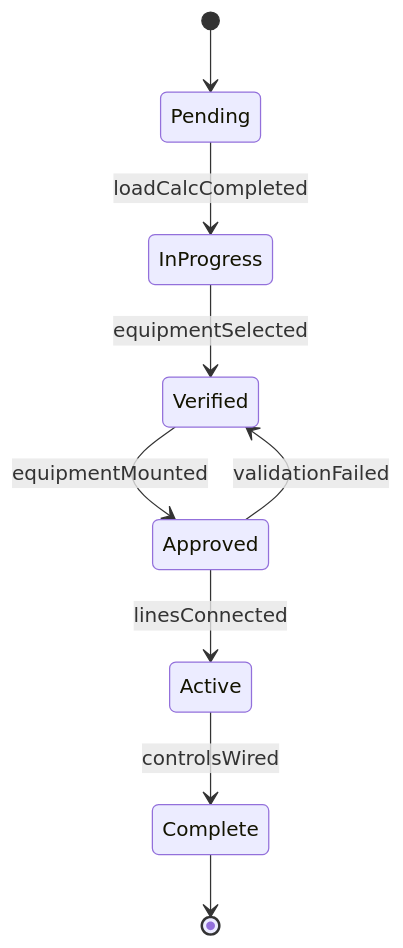
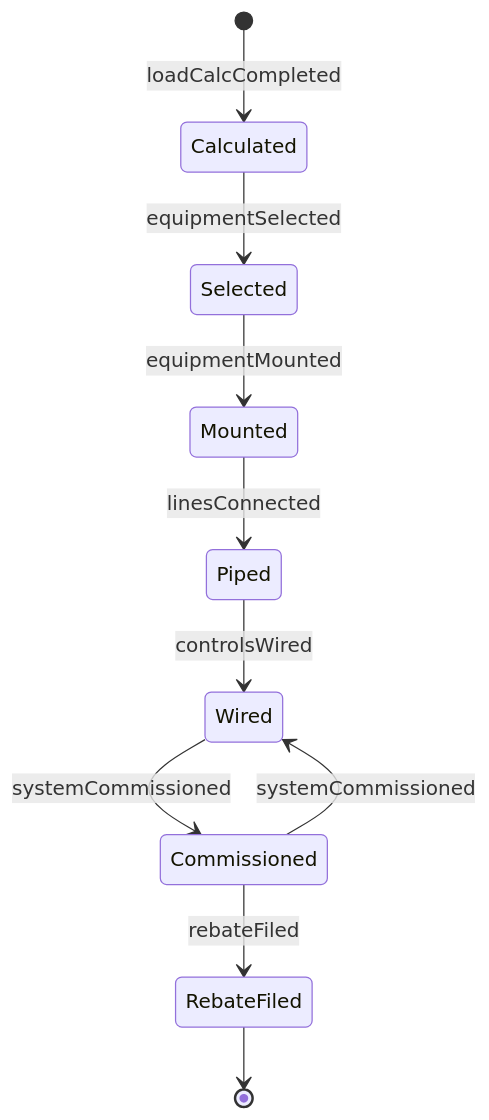
One commit to dot-org-ai/tasks.org.ai changed the second of 4 diagrams in HandlingAndMovingObjects/InstallEnergyOrHeatingEquipment/InstallEnergy-efficientHeatingVentilationAir.mdx. Above: the diagram before and after it, drawn with Mermaid. The commit also changed other lines of this file and 515 other files, not shown here.

````diff
--- a/HandlingAndMovingObjects/InstallEnergyOrHeatingEquipment/InstallEnergy-efficientHeatingVentilationAir.mdx
+++ b/HandlingAndMovingObjects/InstallEnergyOrHeatingEquipment/InstallEnergy-efficientHeatingVentilationAir.mdx
@@ -101,11 +102,12 @@
 ```mermaid
 stateDiagram-v2
-    [*] --> Pending
-    Pending --> InProgress : loadCalcCompleted
-    InProgress --> Verified : equipmentSelected
-    Verified --> Approved : equipmentMounted
-    Approved --> Active : linesConnected
-    Active --> Complete : controlsWired
-    Approved --> Verified : validationFailed
-    Complete --> [*]
+    [*] --> Calculated : loadCalcCompleted
+    Calculated --> Selected : equipmentSelected
+    Selected --> Mounted : equipmentMounted
+    Mounted --> Piped : linesConnected
+    Piped --> Wired : controlsWired
+    Wired --> Commissioned : systemCommissioned
+    Commissioned --> Wired : systemCommissioned
+    Commissioned --> RebateFiled : rebateFiled
+    RebateFiled --> [*]
 ```
````
